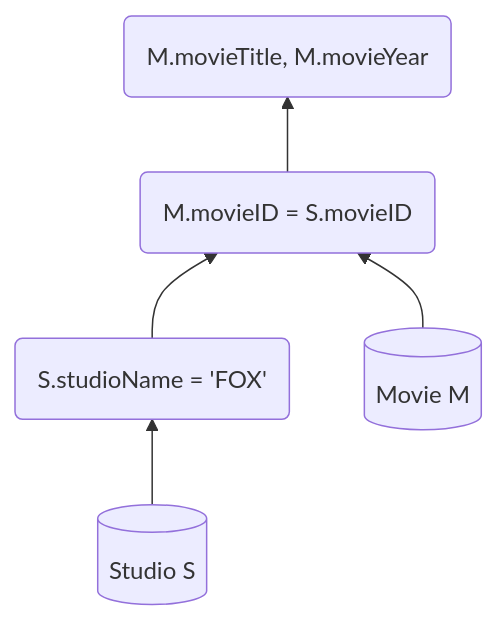
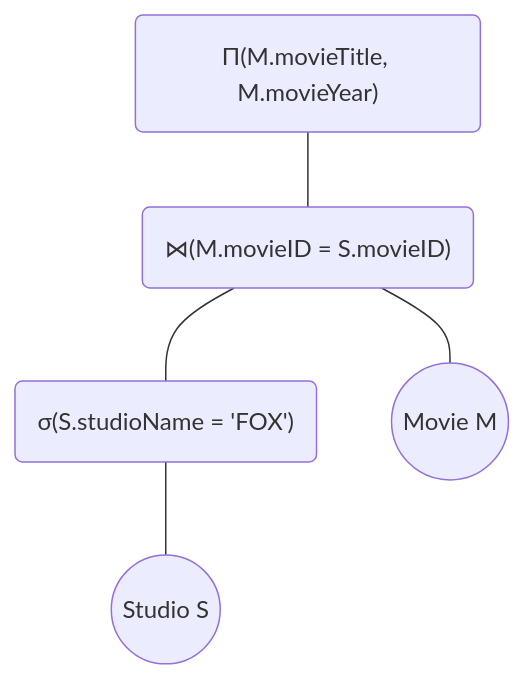
Before and after one commit to hectormiguel1/FIU: the fourth of 4 diagrams in Fall 2021/COP 4751/HW1/1_PANTHERID.md, drawn with Mermaid. The commit also changed other lines of this file and 1 other file, not shown here.

````diff
--- a/Fall 2021/COP 4751/HW1/1_PANTHERID.md
+++ b/Fall 2021/COP 4751/HW1/1_PANTHERID.md
@@ -173,7 +173,7 @@
 ```mermaid
 graph BT;
-    id1[(Studio S)] --> id(S.studioName = 'FOX')
-    id(S.studioName = 'FOX') --> id2(M.movieID = S.movieID)
-    id4[(Movie M)] --> id2(M.movieID = S.movieID)
-    id2(M.movieID = S.movieID) --> id3(M.movieTitle, M.movieYear)
+    id1((Studio S)) --- id("σ(S.studioName = 'FOX)")
+    id("σ(S.studioName = 'FOX')") --- id2("⋈ (M.movieID = S.movieID)")
+    id4((Movie M)) --- id2("⋈(M.movieID = S.movieID)")
+   id2("⋈(M.movieID = S.movieID)") --- id3("Π(M.movieTitle, M.movieYear)")
 ```
````
